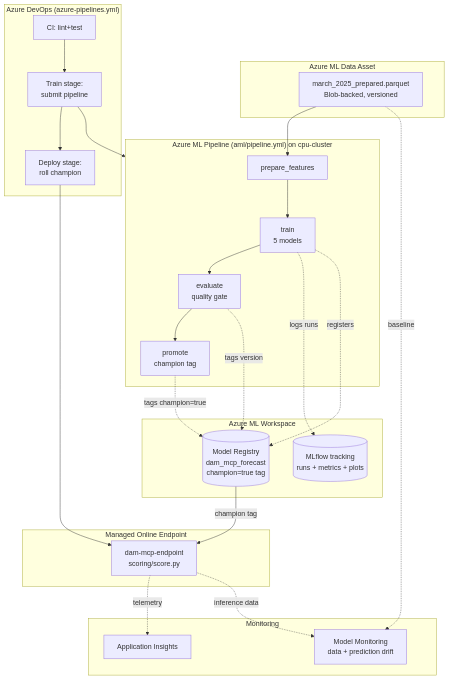
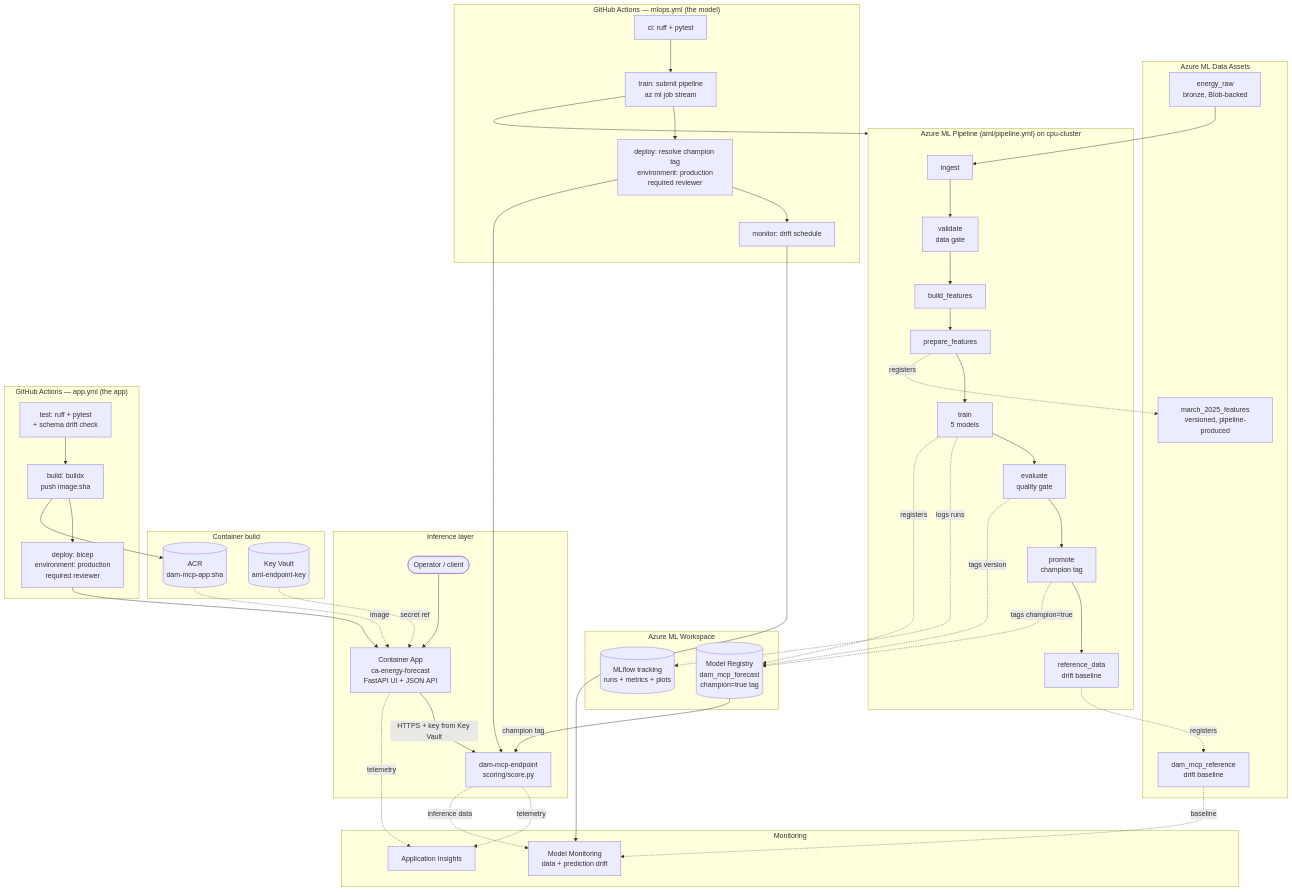
Before and after one commit to srija77/my-mlops-azure-v2: the diagram in docs/ARCHITECTURE.md, drawn with Mermaid. The commit also changed other lines of this file and 32 other files, not shown here.

````diff
--- a/docs/ARCHITECTURE.md
+++ b/docs/ARCHITECTURE.md
@@ -8,42 +8,71 @@
 ```mermaid
 flowchart TD
-    subgraph Source["Azure ML Data Asset"]
-      A[march_2025_prepared.parquet<br/>Blob-backed, versioned]
+    subgraph Source["Azure ML Data Assets"]
+      RAW[energy_raw<br/>bronze, Blob-backed]
+      A[march_2025_features<br/>versioned, pipeline-produced]
+      REF[dam_mcp_reference<br/>drift baseline]
     end
 
     subgraph Pipeline["Azure ML Pipeline (aml/pipeline.yml) on cpu-cluster"]
-      P1[prepare_features] --> P2[train<br/>5 models]
+      P0[ingest] --> P0b[validate<br/>data gate]
+      P0b --> P0c[build_features] --> P1[prepare_features]
+      P1 --> P2[train<br/>5 models]
       P2 --> P3[evaluate<br/>quality gate]
       P3 --> P4[promote<br/>champion tag]
+      P4 --> P5[reference_data<br/>drift baseline]
     end
 
     subgraph Hub["Azure ML Workspace"]
       MLF[(MLflow tracking<br/>runs + metrics + plots)]
       REG[(Model Registry<br/>dam_mcp_forecast<br/>champion=true tag)]
     end
 
-    subgraph Serve["Managed Online Endpoint"]
+    subgraph Serve["Inference layer"]
+      USER([Operator / client])
+      APP[Container App<br/>ca-energy-forecast<br/>FastAPI UI + JSON API]
       EP[dam-mcp-endpoint<br/>scoring/score.py]
+      USER --> APP
+      APP -->|HTTPS + key from Key Vault| EP
     end
+
+    subgraph Build["Container build"]
+      ACR[(ACR<br/>dam-mcp-app:sha)]
+      KV[(Key Vault<br/>aml-endpoint-key)]
+    end
+    ACR -.->|image| APP
+    KV -.->|secret ref| APP
 
     subgraph Ops["Monitoring"]
       MON[Model Monitoring<br/>data + prediction drift]
       AI[Application Insights]
     end
 
-    A --> P1
+    RAW --> P0
+    P1 -. registers .-> A
+    P5 -. registers .-> REF
     P2 -. logs runs .-> MLF
     P2 -. registers .-> REG
     P3 -. tags version .-> REG
     P4 -. tags champion=true .-> REG
     REG -->|champion tag| EP
     EP -. telemetry .-> AI
+    APP -. telemetry .-> AI
     EP -. inference data .-> MON
-    A -. baseline .-> MON
+    REF -. baseline .-> MON
 
-    subgraph CICD["Azure DevOps (azure-pipelines.yml)"]
-      CI[CI: lint+test] --> TR[Train stage:<br/>submit pipeline] --> DP[Deploy stage:<br/>roll champion]
+    subgraph CICD["GitHub Actions — mlops.yml (the model)"]
+      CI[ci: ruff + pytest] --> TR[train: submit pipeline<br/>az ml job stream]
+      TR --> DP[deploy: resolve champion tag<br/>environment: production<br/>required reviewer]
+      DP --> MS[monitor: drift schedule]
     end
     TR --> Pipeline
     DP --> EP
+    MS --> MON
+
+    subgraph APPCD["GitHub Actions — app.yml (the app)"]
+      AT[test: ruff + pytest<br/>+ schema drift check] --> AB[build: buildx<br/>push image:sha]
+      AB --> AD[deploy: bicep<br/>environment: production<br/>required reviewer]
+    end
+    AB --> ACR
+    AD --> APP
 ```
````
